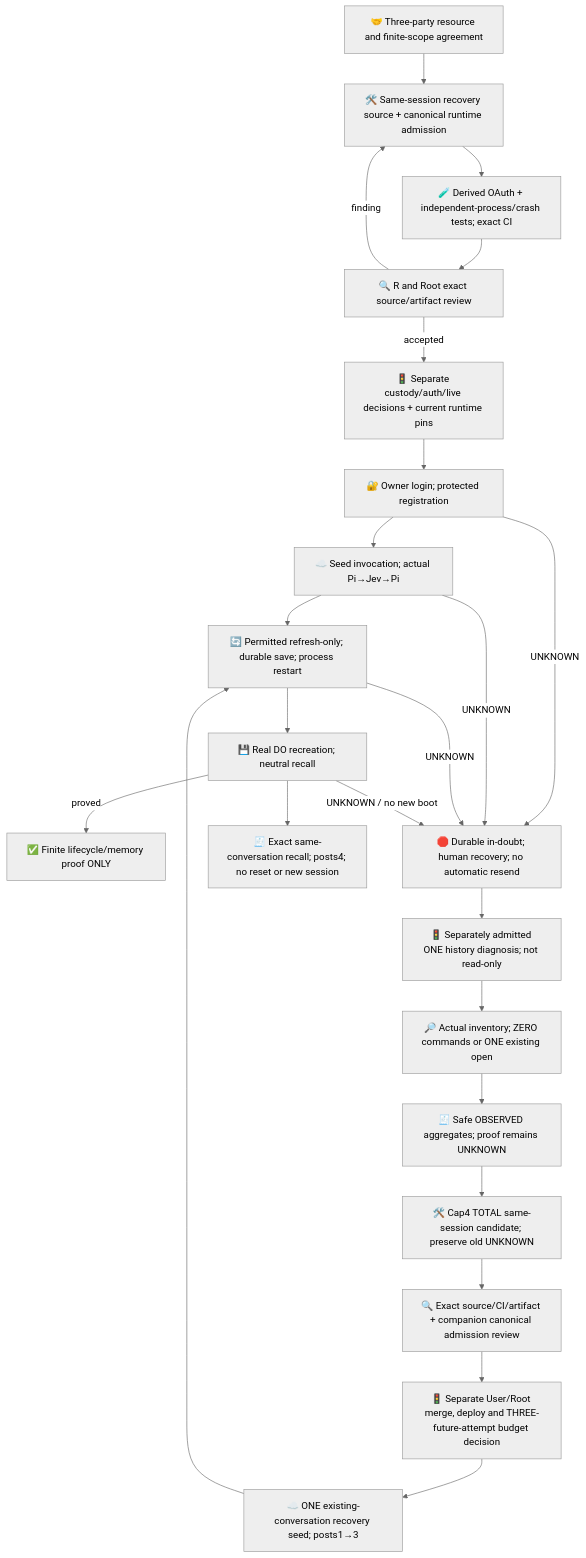
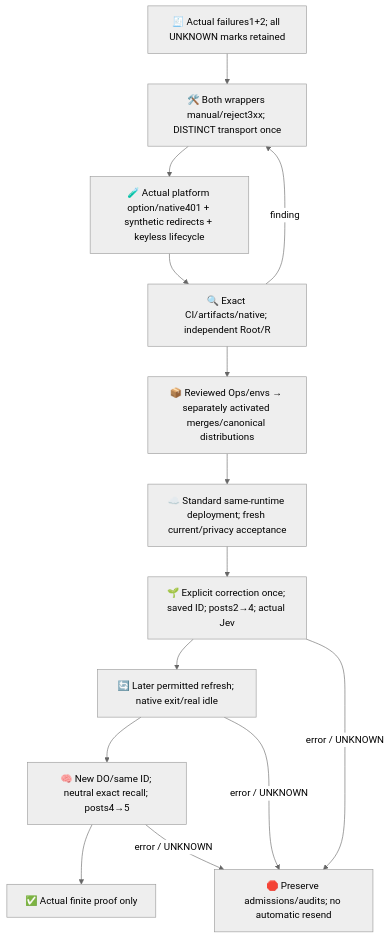
The second of 2 diagrams in experiments/pi-worker-proof/README.md (roccho-org/ops), drawn with Mermaid (neutral theme) before and after one commit. The commit also changed other lines of this file and 7 other files, not shown here.

Commit message:
fix(pi): use supported manual redirects for bounded Worker proof

````diff
--- a/experiments/pi-worker-proof/README.md
+++ b/experiments/pi-worker-proof/README.md
@@ -45,26 +42,16 @@
 ```mermaid
 flowchart TB
-  Agreement["🤝 Three-party resource and finite-scope agreement"] --> Source["🛠️ Same-session recovery source + canonical runtime admission"]
-  Source --> Tests["🧪 Derived OAuth + independent-process/crash tests; exact CI"]
-  Tests --> Review["🔍 R and Root exact source/artifact review"]
-  Review -->|finding| Source
-  Review -->|accepted| Gate["🚦 Separate custody/auth/live decisions + current runtime pins"]
-  Gate --> Auth["🔐 Owner login; protected registration"]
-  Auth --> Seed["☁️ Seed invocation; actual Pi→Jev→Pi"]
-  Seed --> Rotate["🔄 Permitted refresh-only; durable save; process restart"]
-  Rotate --> Recall["💾 Real DO recreation; neutral recall"]
-  Recall -->|proved| Done["✅ Finite lifecycle/memory proof ONLY"]
-  Auth -->|UNKNOWN| Stop["🛑 Durable in-doubt; human recovery; no automatic resend"]
-  Seed -->|UNKNOWN| Stop
-  Stop --> HistoryGO["🚦 Separately admitted ONE history diagnosis; not read-only"]
-  HistoryGO --> Inventory["🔎 Actual inventory; ZERO commands or ONE existing open"]
-  Inventory --> Unknown["🧾 Safe OBSERVED aggregates; proof remains UNKNOWN"]
-  Unknown --> Candidate["🛠️ Cap4 TOTAL same-session candidate; preserve old UNKNOWN"]
-  Candidate --> ReviewBudget["🔍 Exact source/CI/artifact + companion canonical admission review"]
-  ReviewBudget --> Decision["🚦 Separate User/Root merge, deploy and THREE-future-attempt budget decision"]
-  Decision --> Recovery["☁️ ONE existing-conversation recovery seed; posts1→3"]
-  Recovery --> Rotate
-  Recall --> Counts["🧾 Exact same-conversation recall; posts4; no reset or new session"]
-  Rotate -->|UNKNOWN| Stop
-  Recall -->|UNKNOWN / no new boot| Stop
+  Old["🧾 Actual failures1+2; all UNKNOWN marks retained"] --> Fix["🛠️ Both wrappers manual/reject3xx; DISTINCT transport once"]
+  Fix --> Tests["🧪 Actual platform option/native401 + synthetic redirects + keyless lifecycle"]
+  Tests --> Review["🔍 Exact CI/artifacts/native; independent Root/R"]
+  Review -->|finding| Fix
+  Review --> Canonical["📦 Reviewed Ops/envs → separately activated merges/canonical distributions"]
+  Canonical --> Deploy["☁️ Standard same-runtime deployment; fresh current/privacy acceptance"]
+  Deploy --> Seed["🌱 Explicit correction once; saved ID; posts2→4; actual Jev"]
+  Seed --> Refresh["🔄 Later permitted refresh; native exit/real idle"]
+  Refresh --> Recall["🧠 New DO/same ID; neutral exact recall; posts4→5"]
+  Recall --> Done["✅ Actual finite proof only"]
+  Seed -->|error / UNKNOWN| Stop["🛑 Preserve admissions/audits; no automatic resend"]
+  Refresh -->|error / UNKNOWN| Stop
+  Recall -->|error / UNKNOWN| Stop
 ```
````
